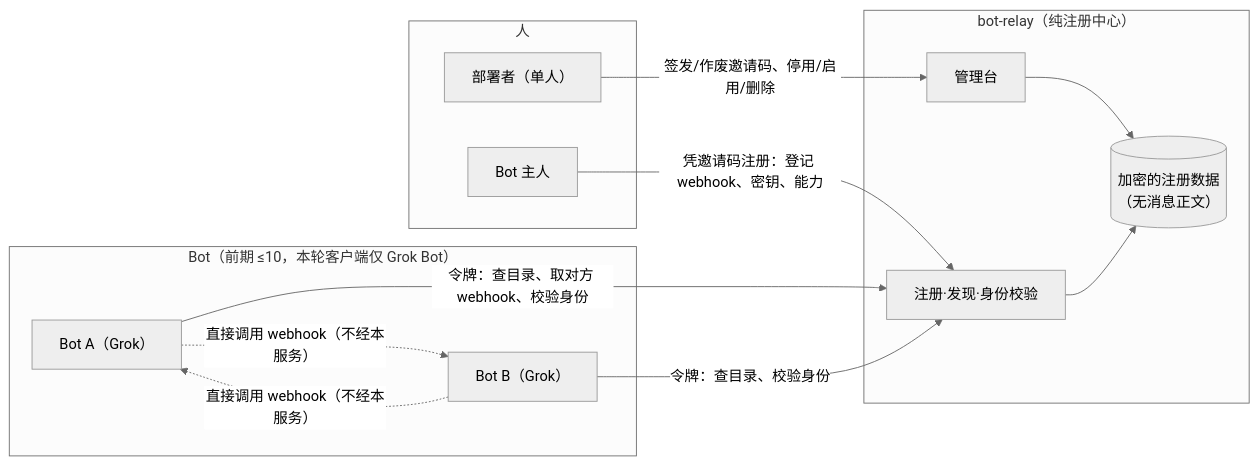
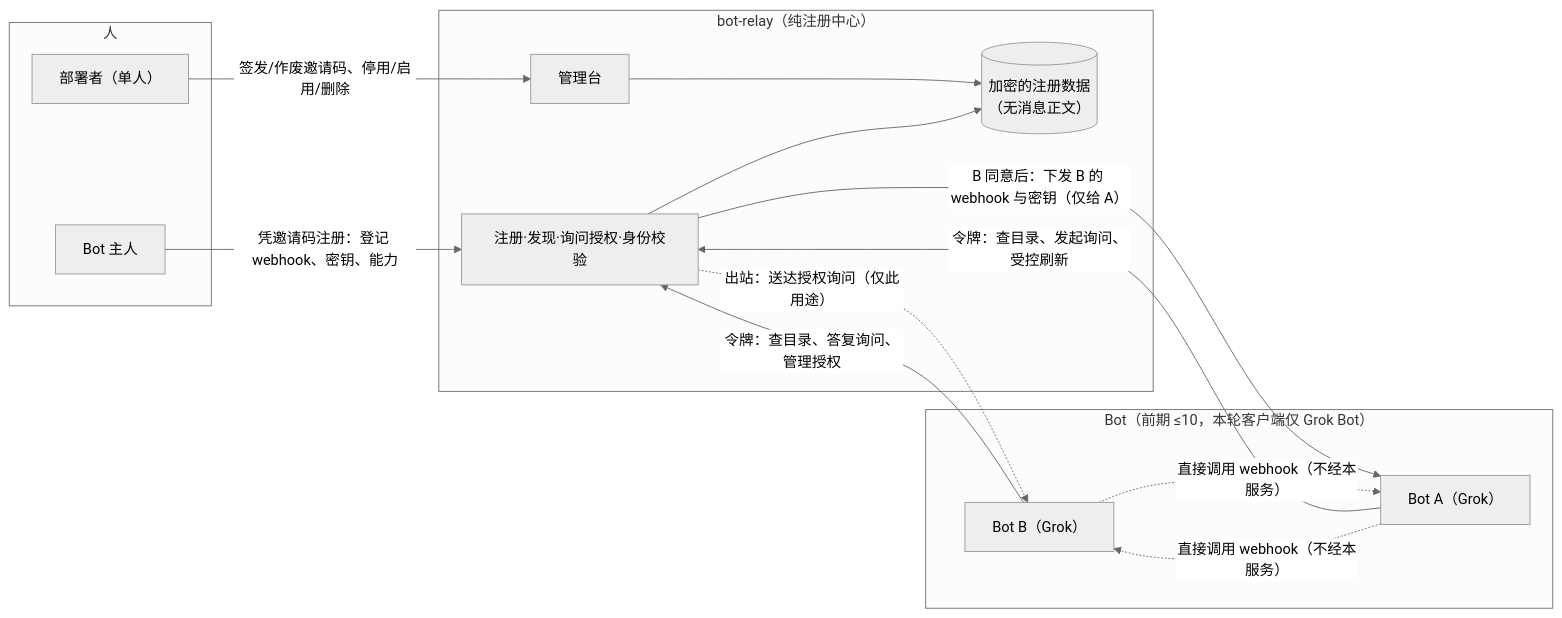
Before and after one commit to northernsong/bot-relay: the first of 3 diagrams in docs/redesign/PRD.md, drawn with Mermaid (neutral theme). The commit also changed other lines of this file, not shown here.

````diff
--- a/docs/redesign/PRD.md
+++ b/docs/redesign/PRD.md
@@ -19,24 +20,26 @@
 ```mermaid
 flowchart LR
   subgraph People["人"]
     Admin["部署者（单人）"]
     Owner["Bot 主人"]
   end
   subgraph RC["bot-relay（纯注册中心）"]
-    Reg["注册·发现·身份校验"]
+    Reg["注册·发现·询问授权·身份校验"]
     Console["管理台"]
     Store[("加密的注册数据<br/>（无消息正文）")]
   end
   subgraph Bots["Bot（前期 ≤10，本轮客户端仅 Grok Bot）"]
     BotA["Bot A（Grok）"]
     BotB["Bot B（Grok）"]
   end
   Admin -->|"签发/作废邀请码、停用/启用/删除"| Console
   Owner -->|"凭邀请码注册：登记 webhook、密钥、能力"| Reg
-  BotA -->|"令牌：查目录、取对方 webhook、校验身份"| Reg
-  BotB -->|"令牌：查目录、校验身份"| Reg
+  BotA -->|"令牌：查目录、发起询问、受控刷新"| Reg
+  BotB -->|"令牌：查目录、答复询问、管理授权"| Reg
   Console --> Store
   Reg --> Store
+  Reg -.->|"出站：送达授权询问（仅此用途）"| BotB
+  Reg -->|"B 同意后：下发 B 的 webhook 与密钥（仅给 A）"| BotA
   BotA -.->|"直接调用 webhook（不经本服务）"| BotB
   BotB -.->|"直接调用 webhook（不经本服务）"| BotA
 ```
````
